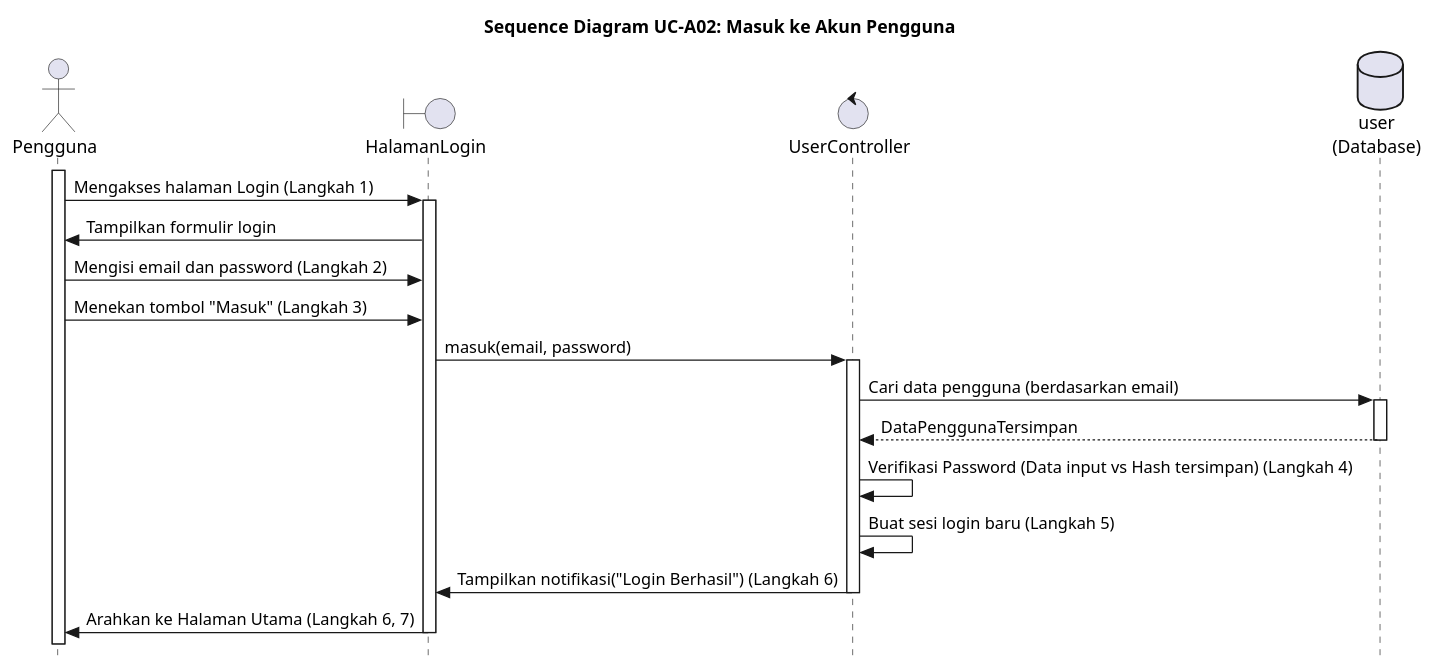
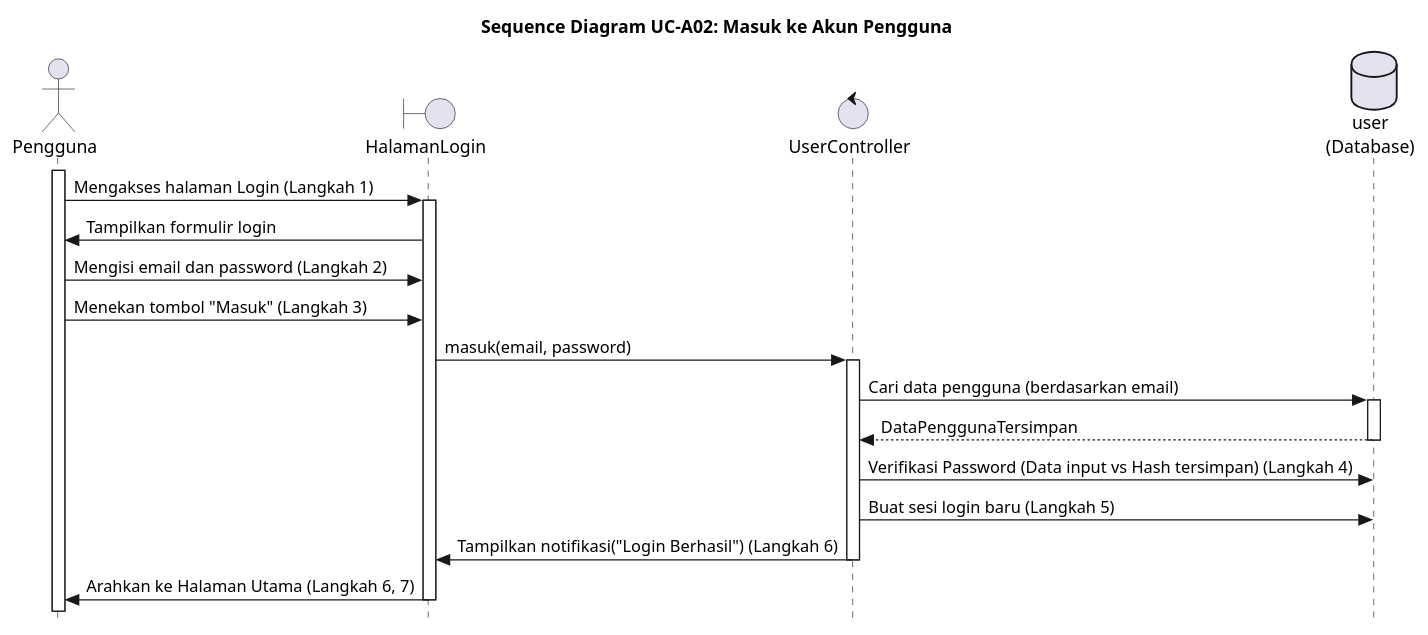
Before and after one commit to alfiahnurfa/RSI-PROYEK-AKHIR-SEQUENCE: the diagram in UC-A02.PUML, drawn with PlantUML. The commit also changed 1 other file, not shown here.

```diff
--- a/UC-A02.PUML
+++ b/UC-A02.PUML
@@ -1,58 +1,58 @@
 @startuml SD-UC-A02_Login
 title Sequence Diagram UC-A02: Masuk ke Akun Pengguna
 skinparam style strictuml
 
 actor Pengguna
 boundary HalamanLogin
 control UserController
 database user as "user\n(Database)"
 
 ' box "Sistem Otentikasi"
 '     participant HalamanLogin
 '     participant UserController
 ' end box
 
 activate Pengguna
 Pengguna -> HalamanLogin : Mengakses halaman Login (Langkah 1)
 activate HalamanLogin
 
 HalamanLogin -> Pengguna : Tampilkan formulir login
 
 Pengguna -> HalamanLogin : Mengisi email dan password (Langkah 2)
 
 Pengguna -> HalamanLogin : Menekan tombol "Masuk" (Langkah 3)
 
 HalamanLogin -> UserController : masuk(email, password)
 activate UserController
 
 UserController -> user : Cari data pengguna (berdasarkan email)
 activate user
 return DataPenggunaTersimpan
 
-UserController -> UserController : Verifikasi Password (Data input vs Hash tersimpan) (Langkah 4)
+UserController -> user : Verifikasi Password (Data input vs Hash tersimpan) (Langkah 4)
 
-    UserController -> UserController : Buat sesi login baru (Langkah 5)
+    UserController -> user : Buat sesi login baru (Langkah 5)
     
     UserController -> HalamanLogin : Tampilkan notifikasi("Login Berhasil") (Langkah 6)
     deactivate UserController
     
     HalamanLogin -> Pengguna : Arahkan ke Halaman Utama (Langkah 6, 7)
     deactivate HalamanLogin
 
 ' alt Jika Verifikasi Gagal (Alternative Flow 4.a)
 '     UserController -> HalamanLogin : Tampilkan notifikasi("Login Gagal, Email/Password Salah.") (Langkah 4.b)
 '     deactivate UserController
     
 '     HalamanLogin -> Pengguna : Tampilkan notifikasi gagal
     
 '     note over Pengguna, HalamanLogin
 '         Memperbaiki kredensial atau opsi Lupa Password (Langkah 4.c)
 '         Kembali ke Langkah 2 (Langkah 4.d)
 '     end note
 ' else Jika Verifikasi Berhasil (Main Flow)
 
 ' end alt
 
 deactivate user
 
 @enduml
```
